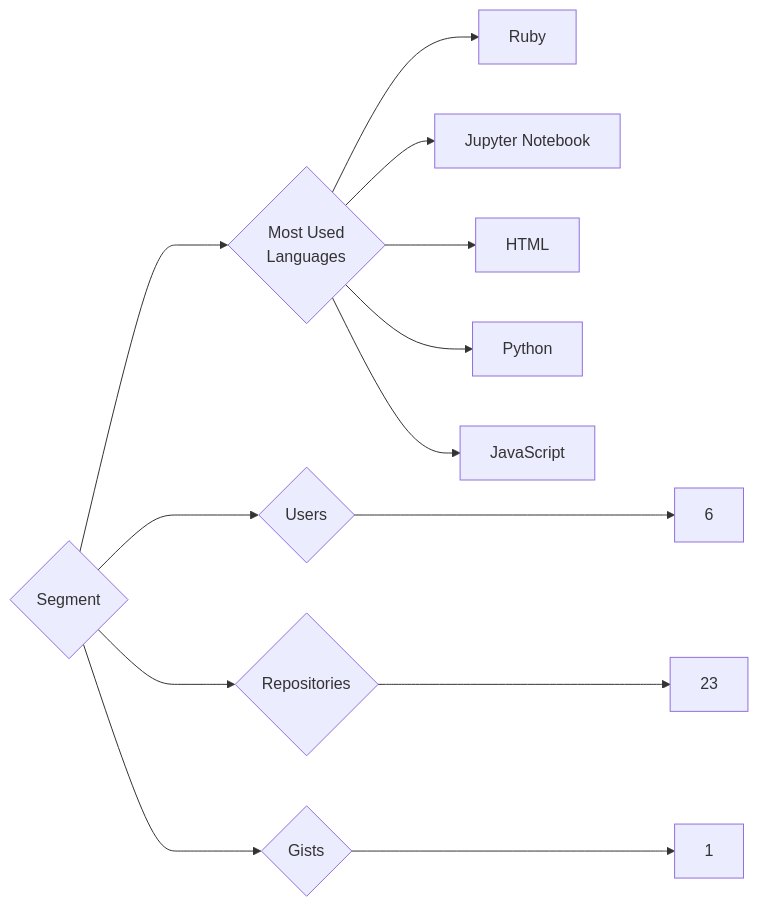
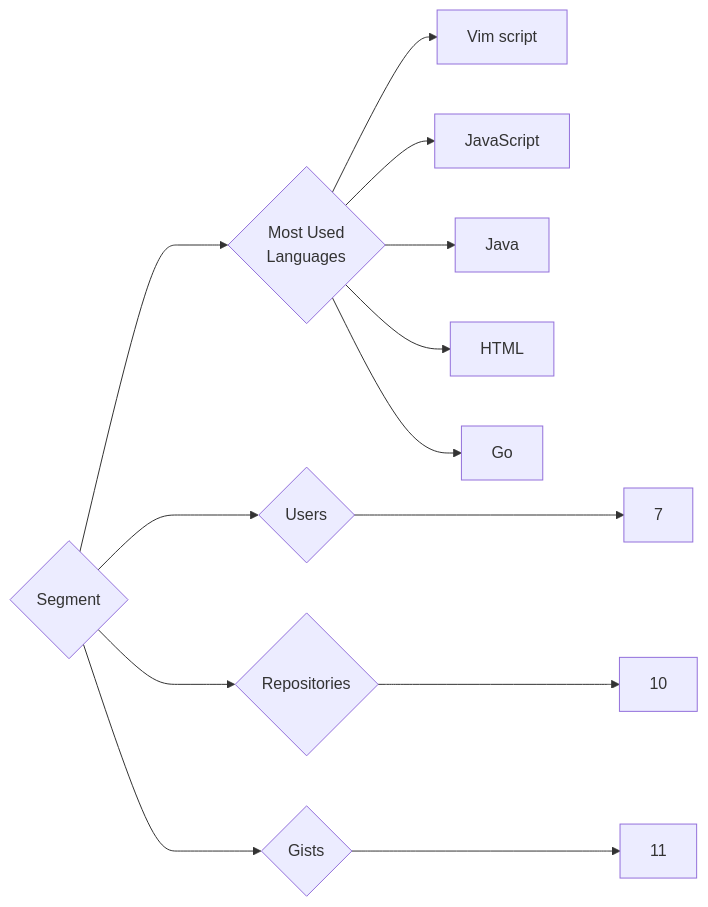
The diagram in targets/Segment/README.md (trickest/insiders), drawn with Mermaid before and after one commit. The commit also changed 970 other files, not shown here.

````diff
--- a/targets/Segment/README.md
+++ b/targets/Segment/README.md
@@ -3,13 +3,13 @@
 ```mermaid
 graph LR
 COMPANY_NAME{Segment}
-COMPANY_NAME ---> U{Users} ---> UN[6]
-COMPANY_NAME ---> R{Repositories} ---> RN[23]
-COMPANY_NAME ---> G{Gists} ---> GN[1]
+COMPANY_NAME ---> U{Users} ---> UN[7]
+COMPANY_NAME ---> R{Repositories} ---> RN[10]
+COMPANY_NAME ---> G{Gists} ---> GN[11]
 COMPANY_NAME ---> ML{Most Used<br>Languages}
-ML --> Ruby[Ruby]
-ML --> Jupyter_Notebook[Jupyter Notebook]
+ML --> Vim_script[Vim script]
+ML --> JavaScript[JavaScript]
+ML --> Java[Java]
 ML --> HTML[HTML]
-ML --> Python[Python]
-ML --> JavaScript[JavaScript]
+ML --> Go[Go]
 ```
````
